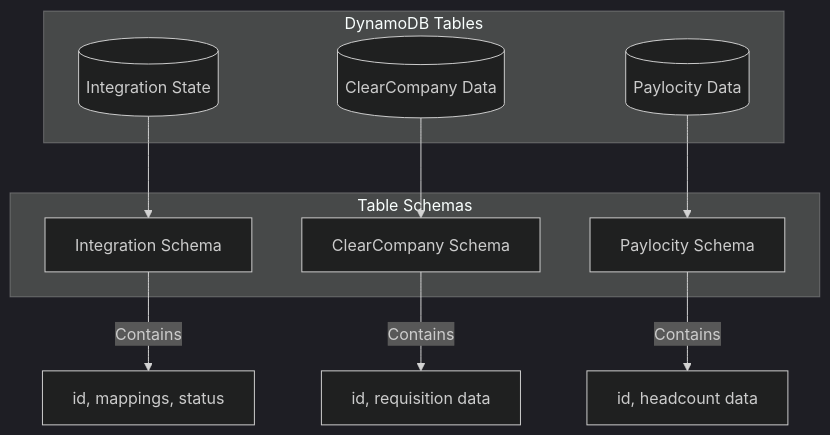
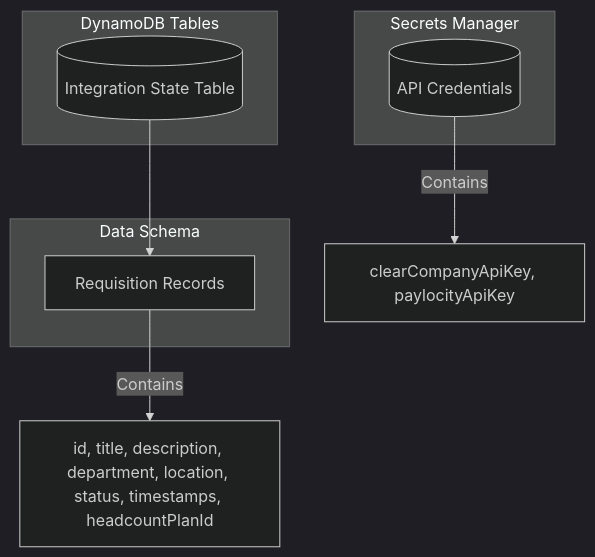
The third of 10 diagrams in docs/SOLUTION_APPROACH.md (amitjainharbinger/aura-assignment), drawn with Mermaid (dark theme) before and after one commit. The commit also changed other lines of this file and 2 other files, not shown here.

````diff
--- a/docs/SOLUTION_APPROACH.md
+++ b/docs/SOLUTION_APPROACH.md
@@ -102,18 +104,17 @@
 ```mermaid
 graph TB
     subgraph "DynamoDB Tables"
-        IntState[(Integration State)]
-        CCData[(ClearCompany Data)]
-        PLData[(Paylocity Data)]
+        IntState[(Integration State Table)]
     end
 
-    subgraph "Table Schemas"
-        IntState --> IntSchema[Integration Schema]
-        CCData --> CCSchema[ClearCompany Schema]
-        PLData --> PLSchema[Paylocity Schema]
+    subgraph "Secrets Manager"
+        ApiCreds[(API Credentials)]
     end
 
-    IntSchema --> |Contains| IntFields[id, mappings, status]
-    CCSchema --> |Contains| CCFields[id, requisition data]
-    PLSchema --> |Contains| PLFields[id, headcount data]
+    subgraph "Data Schema"
+        IntState --> IntSchema[Requisition Records]
+    end
+
+    IntSchema --> |Contains| IntFields[id, title, description, department, location, status, timestamps, headcountPlanId]
+    ApiCreds --> |Contains| CredFields[clearCompanyApiKey, paylocityApiKey]
 ```
````
